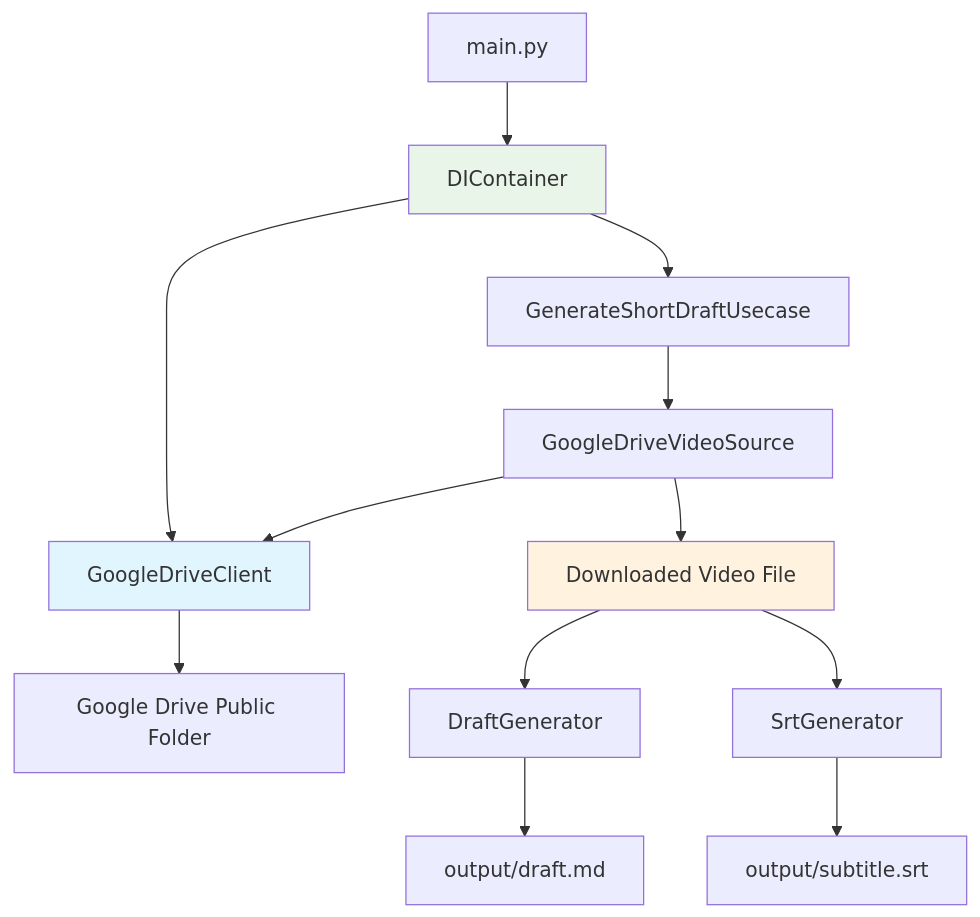
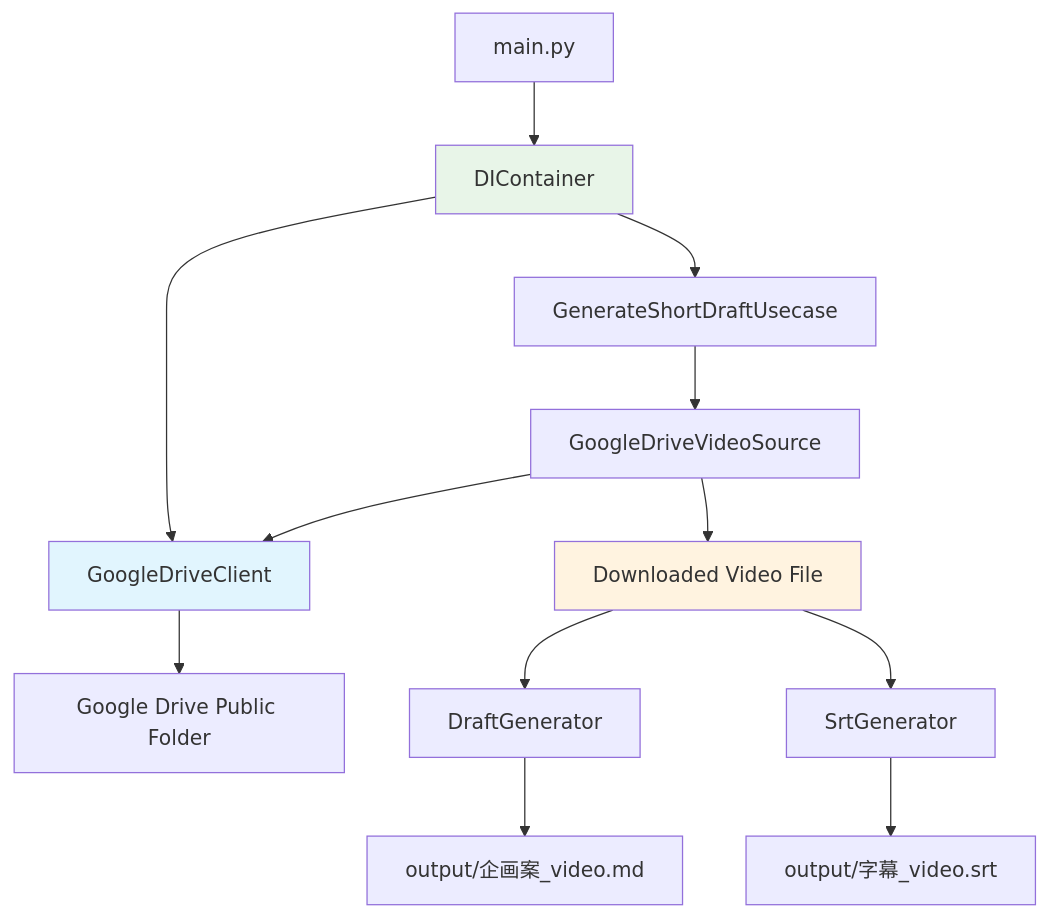
Before and after one commit to team-mirai-volunteer/shortmovie-draft-generator2: the diagram in tasks/250710_1502_GoogleDrive連携機能設計書_修正版.md, drawn with Mermaid. The commit also changed 14 other files, not shown here.

````diff
--- a/tasks/250710_1502_GoogleDrive連携機能設計書_修正版.md
+++ b/tasks/250710_1502_GoogleDrive連携機能設計書_修正版.md
@@ -32,21 +32,21 @@
 ```mermaid
 graph TD
     A[main.py] --> B[DIContainer]
     B --> C[GenerateShortDraftUsecase]
     B --> D[GoogleDriveClient]
 
     C --> E[GoogleDriveVideoSource]
     E --> D
     D --> F[Google Drive Public Folder]
 
     E --> G[Downloaded Video File]
     G --> H[DraftGenerator]
     G --> I[SrtGenerator]
 
-    H --> J[output/draft.md]
-    I --> K[output/subtitle.srt]
+    H --> J[output/企画案_video.md]
+    I --> K[output/字幕_video.srt]
 
     style B fill:#e8f5e8
     style D fill:#e1f5fe
     style G fill:#fff3e0
 ```
````
